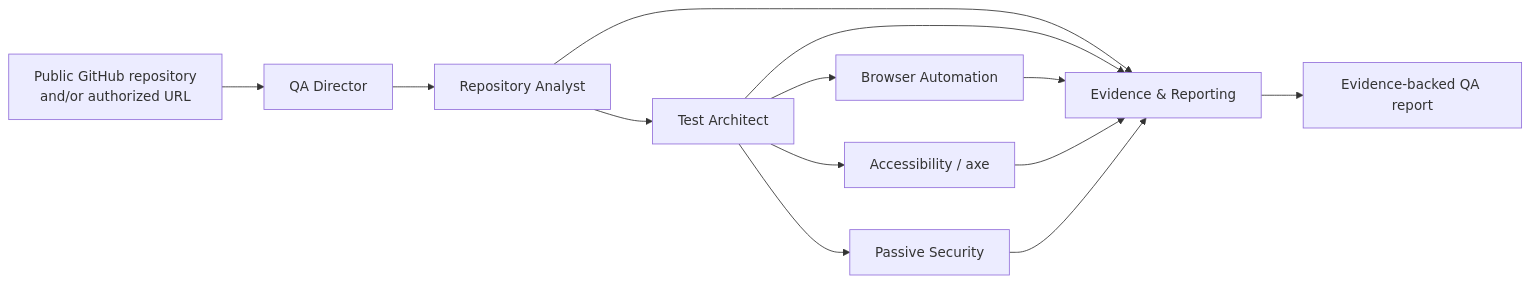
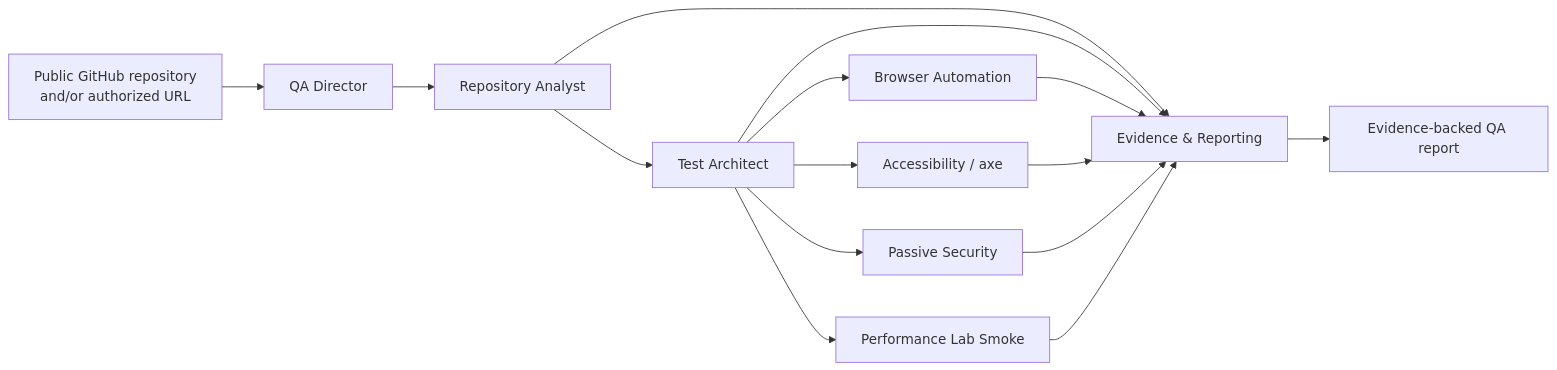
The diagram in README.md (julzburz/swarm-ai-qa), drawn with Mermaid before and after one commit. The commit also changed other lines of this file and 18 other files, not shown here.

Commit message:
feat: add safe performance smoke agent

````diff
--- a/README.md
+++ b/README.md
@@ -27,15 +28,17 @@
 ```mermaid
 flowchart LR
     U["Public GitHub repository<br/>and/or authorized URL"] --> D["QA Director"]
     D --> R["Repository Analyst"]
     R --> T["Test Architect"]
     T --> B["Browser Automation"]
     T --> A["Accessibility / axe"]
     T --> S["Passive Security"]
+    T --> P["Performance Lab Smoke"]
     R --> E["Evidence & Reporting"]
     T --> E
     B --> E
     A --> E
     S --> E
+    P --> E
     E --> Q["Evidence-backed QA report"]
 ```
````
